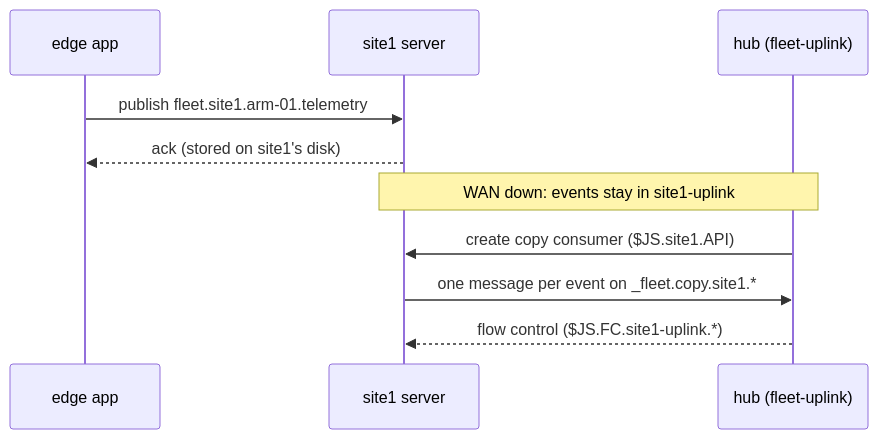
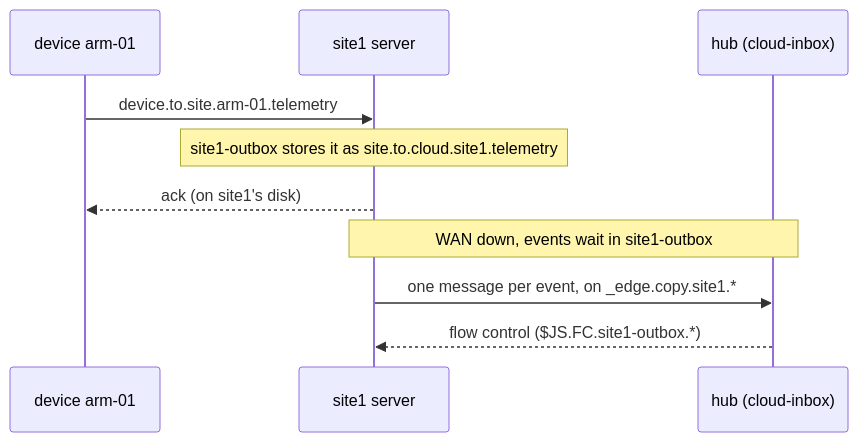
The second of 3 diagrams in docs/guide.md (jinternals/nats-demo), drawn with Mermaid before and after one commit. The commit also changed other lines of this file and 22 other files, not shown here.

````diff
--- a/docs/guide.md
+++ b/docs/guide.md
@@ -94,12 +53,12 @@
 ```mermaid
 sequenceDiagram
-  participant E as edge app
+  participant D as device arm-01
   participant S as site1 server
-  participant H as hub (fleet-uplink)
-  E->>S: publish fleet.site1.arm-01.telemetry
-  S-->>E: ack (stored on site1's disk)
-  Note over S,H: WAN down: events stay in site1-uplink
-  H->>S: create copy consumer ($JS.site1.API)
-  S->>H: one message per event on _fleet.copy.site1.*
-  H-->>S: flow control ($JS.FC.site1-uplink.*)
+  participant H as hub (cloud-inbox)
+  D->>S: device.to.site.arm-01.telemetry
+  Note over S: site1-outbox stores it as site.to.cloud.site1.telemetry
+  S-->>D: ack (on site1's disk)
+  Note over S,H: WAN down, events wait in site1-outbox
+  S->>H: one message per event, on _edge.copy.site1.*
+  H-->>S: flow control ($JS.FC.site1-outbox.*)
 ```
````
